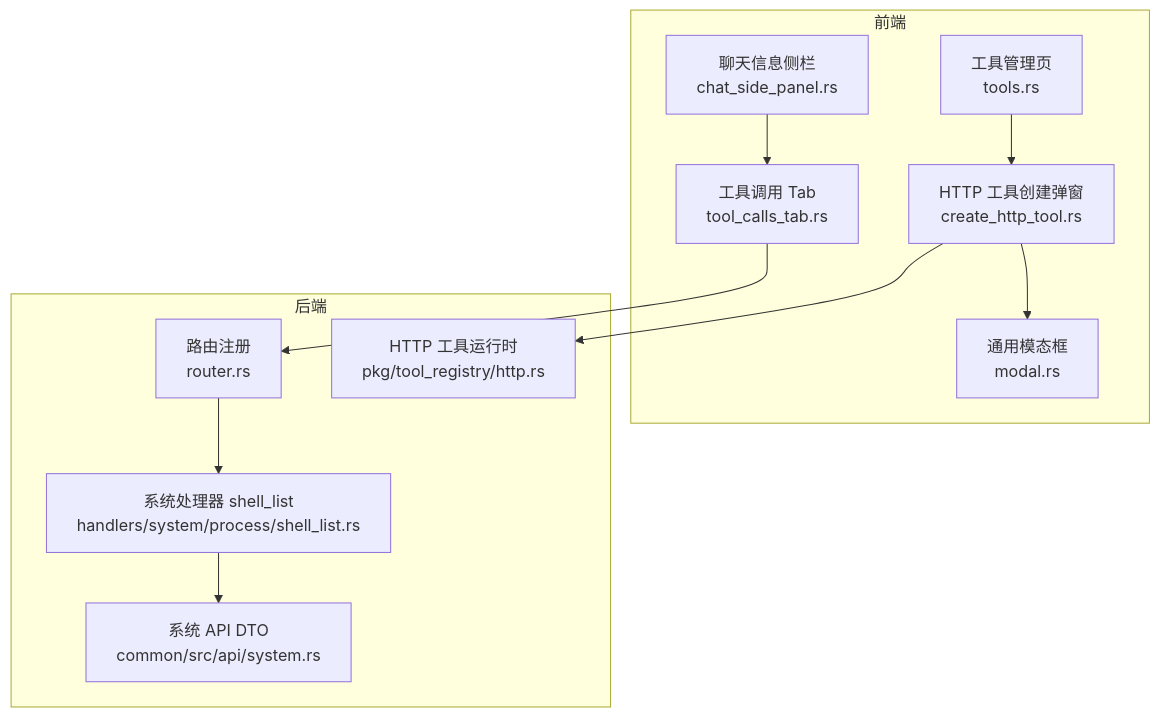
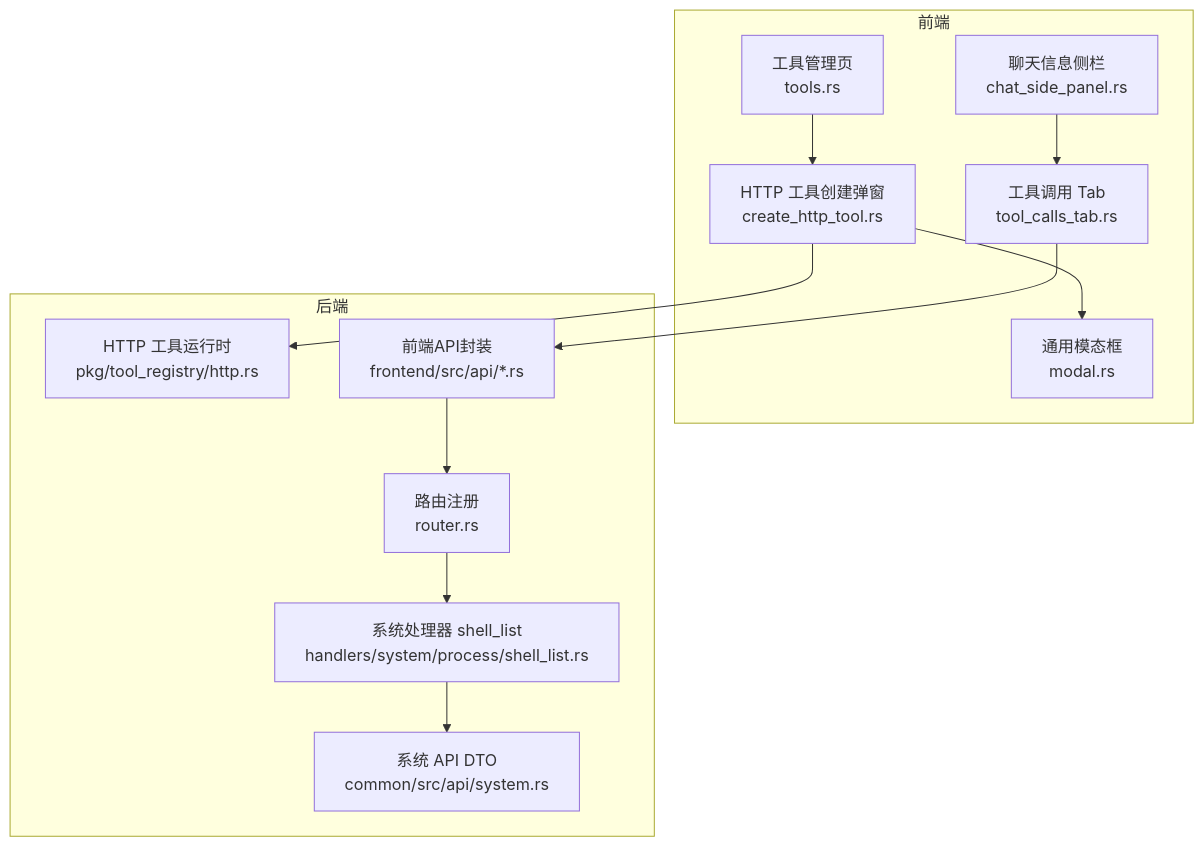
Before and after one commit to runningcoders/ai_orz: the first of 6 diagrams in .qoder/repowiki/zh/content/前端应用/页面模块/Finance 管理页面/工具管理/HTTP工具创建界面.md, drawn with Mermaid. The commit also changed other lines of this file and 133 other files, not shown here.

````diff
--- a/.qoder/repowiki/zh/content/前端应用/页面模块/Finance 管理页面/工具管理/HTTP工具创建界面.md
+++ b/.qoder/repowiki/zh/content/前端应用/页面模块/Finance 管理页面/工具管理/HTTP工具创建界面.md
@@ -47,23 +48,25 @@
 ```mermaid
 graph TB
 subgraph "前端"
 A["工具管理页<br/>tools.rs"]
 B["HTTP 工具创建弹窗<br/>create_http_tool.rs"]
 C["通用模态框<br/>modal.rs"]
 D["聊天信息侧栏<br/>chat_side_panel.rs"]
 E["工具调用 Tab<br/>tool_calls_tab.rs"]
 end
 subgraph "后端"
 R["路由注册<br/>router.rs"]
 H["系统处理器 shell_list<br/>handlers/system/process/shell_list.rs"]
 API["系统 API DTO<br/>common/src/api/system.rs"]
 RT["HTTP 工具运行时<br/>pkg/tool_registry/http.rs"]
+FAPI["前端API封装<br/>frontend/src/api/*.rs"]
 end
 A --> B
 B --> C
 D --> E
-E --> R
+E --> FAPI
+FAPI --> R
 R --> H
 H --> API
 B --> RT
 ```
````
